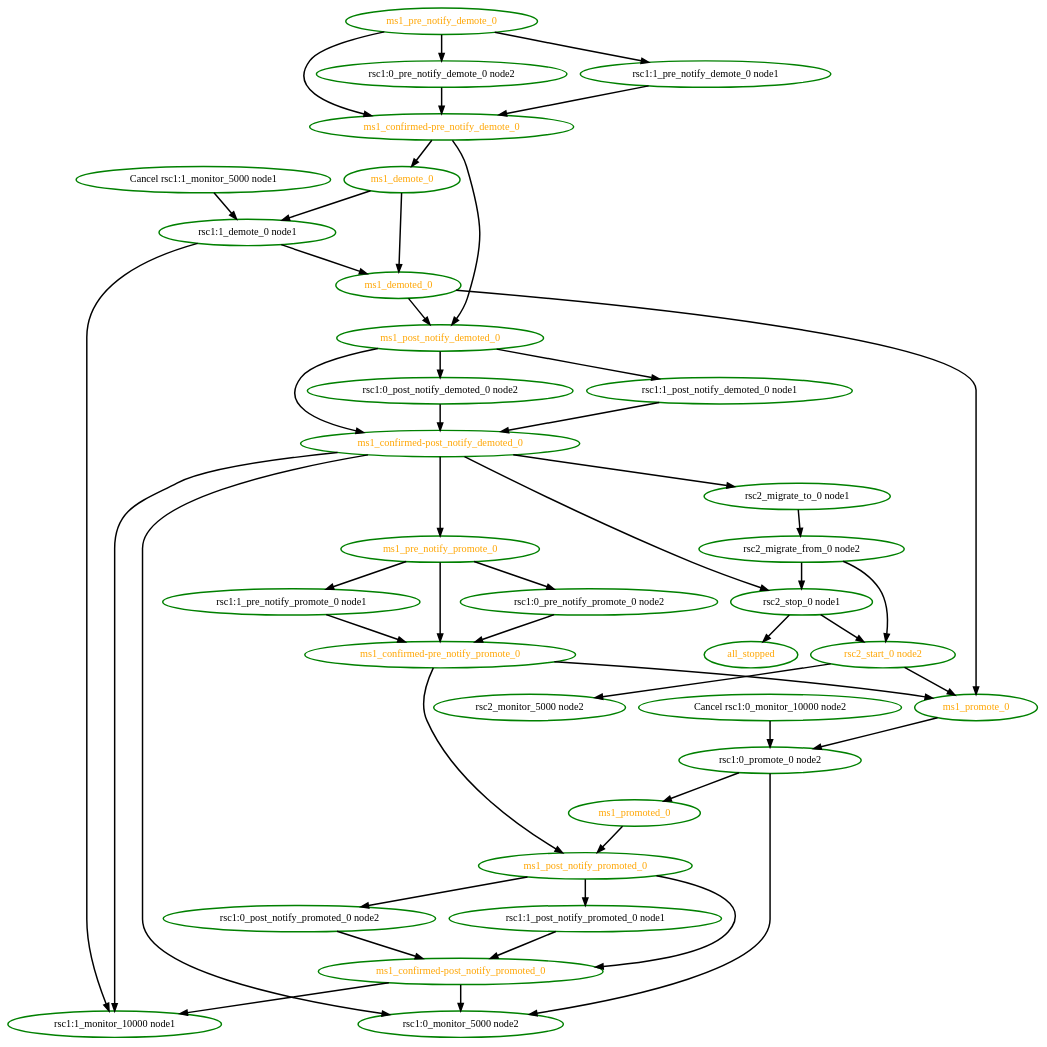
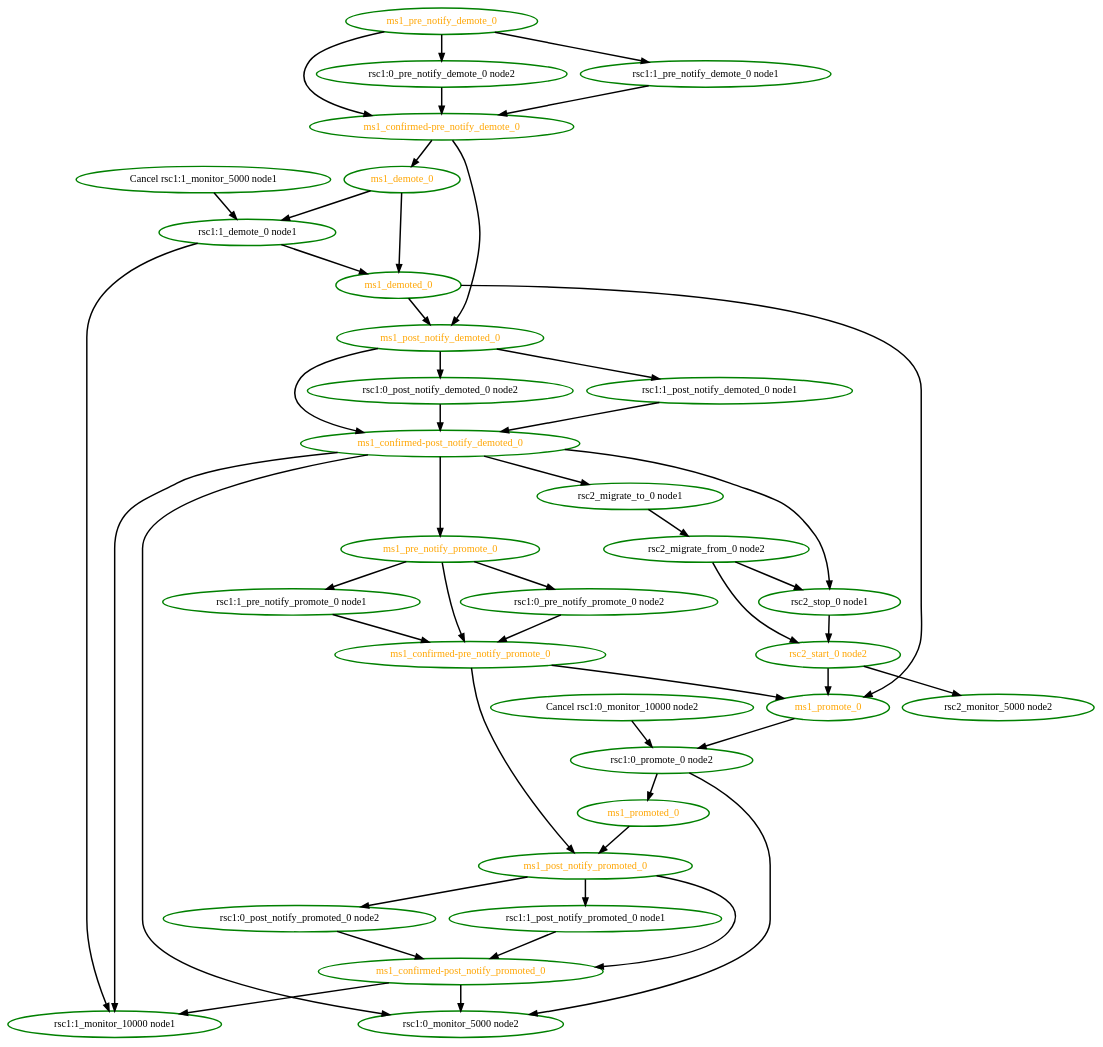
Before and after one commit to eurolinux-enterprise-linux-sources/pacemaker: the diagram in src/pengine/test10/a-demote-then-b-migrate.dot, drawn with Graphviz. The commit also changed 1674 other files, not shown here.

```diff
--- a/src/pengine/test10/a-demote-then-b-migrate.dot
+++ b/src/pengine/test10/a-demote-then-b-migrate.dot
@@ -1,84 +1,82 @@
 digraph "g" {
 "Cancel rsc1:0_monitor_10000 node2" -> "rsc1:0_promote_0 node2" [ style = bold]
 "Cancel rsc1:0_monitor_10000 node2" [ style=bold color="green" fontcolor="black"]
 "Cancel rsc1:1_monitor_5000 node1" -> "rsc1:1_demote_0 node1" [ style = bold]
 "Cancel rsc1:1_monitor_5000 node1" [ style=bold color="green" fontcolor="black"]
-"all_stopped" [ style=bold color="green" fontcolor="orange"]
 "ms1_confirmed-post_notify_demoted_0" -> "ms1_pre_notify_promote_0" [ style = bold]
 "ms1_confirmed-post_notify_demoted_0" -> "rsc1:0_monitor_5000 node2" [ style = bold]
 "ms1_confirmed-post_notify_demoted_0" -> "rsc1:1_monitor_10000 node1" [ style = bold]
 "ms1_confirmed-post_notify_demoted_0" -> "rsc2_migrate_to_0 node1" [ style = bold]
 "ms1_confirmed-post_notify_demoted_0" -> "rsc2_stop_0 node1" [ style = bold]
 "ms1_confirmed-post_notify_demoted_0" [ style=bold color="green" fontcolor="orange"]
 "ms1_confirmed-post_notify_promoted_0" -> "rsc1:0_monitor_5000 node2" [ style = bold]
 "ms1_confirmed-post_notify_promoted_0" -> "rsc1:1_monitor_10000 node1" [ style = bold]
 "ms1_confirmed-post_notify_promoted_0" [ style=bold color="green" fontcolor="orange"]
 "ms1_confirmed-pre_notify_demote_0" -> "ms1_demote_0" [ style = bold]
 "ms1_confirmed-pre_notify_demote_0" -> "ms1_post_notify_demoted_0" [ style = bold]
 "ms1_confirmed-pre_notify_demote_0" [ style=bold color="green" fontcolor="orange"]
 "ms1_confirmed-pre_notify_promote_0" -> "ms1_post_notify_promoted_0" [ style = bold]
 "ms1_confirmed-pre_notify_promote_0" -> "ms1_promote_0" [ style = bold]
 "ms1_confirmed-pre_notify_promote_0" [ style=bold color="green" fontcolor="orange"]
 "ms1_demote_0" -> "ms1_demoted_0" [ style = bold]
 "ms1_demote_0" -> "rsc1:1_demote_0 node1" [ style = bold]
 "ms1_demote_0" [ style=bold color="green" fontcolor="orange"]
 "ms1_demoted_0" -> "ms1_post_notify_demoted_0" [ style = bold]
 "ms1_demoted_0" -> "ms1_promote_0" [ style = bold]
 "ms1_demoted_0" [ style=bold color="green" fontcolor="orange"]
 "ms1_post_notify_demoted_0" -> "ms1_confirmed-post_notify_demoted_0" [ style = bold]
 "ms1_post_notify_demoted_0" -> "rsc1:0_post_notify_demoted_0 node2" [ style = bold]
 "ms1_post_notify_demoted_0" -> "rsc1:1_post_notify_demoted_0 node1" [ style = bold]
 "ms1_post_notify_demoted_0" [ style=bold color="green" fontcolor="orange"]
 "ms1_post_notify_promoted_0" -> "ms1_confirmed-post_notify_promoted_0" [ style = bold]
 "ms1_post_notify_promoted_0" -> "rsc1:0_post_notify_promoted_0 node2" [ style = bold]
 "ms1_post_notify_promoted_0" -> "rsc1:1_post_notify_promoted_0 node1" [ style = bold]
 "ms1_post_notify_promoted_0" [ style=bold color="green" fontcolor="orange"]
 "ms1_pre_notify_demote_0" -> "ms1_confirmed-pre_notify_demote_0" [ style = bold]
 "ms1_pre_notify_demote_0" -> "rsc1:0_pre_notify_demote_0 node2" [ style = bold]
 "ms1_pre_notify_demote_0" -> "rsc1:1_pre_notify_demote_0 node1" [ style = bold]
 "ms1_pre_notify_demote_0" [ style=bold color="green" fontcolor="orange"]
 "ms1_pre_notify_promote_0" -> "ms1_confirmed-pre_notify_promote_0" [ style = bold]
 "ms1_pre_notify_promote_0" -> "rsc1:0_pre_notify_promote_0 node2" [ style = bold]
 "ms1_pre_notify_promote_0" -> "rsc1:1_pre_notify_promote_0 node1" [ style = bold]
 "ms1_pre_notify_promote_0" [ style=bold color="green" fontcolor="orange"]
 "ms1_promote_0" -> "rsc1:0_promote_0 node2" [ style = bold]
 "ms1_promote_0" [ style=bold color="green" fontcolor="orange"]
 "ms1_promoted_0" -> "ms1_post_notify_promoted_0" [ style = bold]
 "ms1_promoted_0" [ style=bold color="green" fontcolor="orange"]
 "rsc1:0_monitor_5000 node2" [ style=bold color="green" fontcolor="black"]
 "rsc1:0_post_notify_demoted_0 node2" -> "ms1_confirmed-post_notify_demoted_0" [ style = bold]
 "rsc1:0_post_notify_demoted_0 node2" [ style=bold color="green" fontcolor="black"]
 "rsc1:0_post_notify_promoted_0 node2" -> "ms1_confirmed-post_notify_promoted_0" [ style = bold]
 "rsc1:0_post_notify_promoted_0 node2" [ style=bold color="green" fontcolor="black"]
 "rsc1:0_pre_notify_demote_0 node2" -> "ms1_confirmed-pre_notify_demote_0" [ style = bold]
 "rsc1:0_pre_notify_demote_0 node2" [ style=bold color="green" fontcolor="black"]
 "rsc1:0_pre_notify_promote_0 node2" -> "ms1_confirmed-pre_notify_promote_0" [ style = bold]
 "rsc1:0_pre_notify_promote_0 node2" [ style=bold color="green" fontcolor="black"]
 "rsc1:0_promote_0 node2" -> "ms1_promoted_0" [ style = bold]
 "rsc1:0_promote_0 node2" -> "rsc1:0_monitor_5000 node2" [ style = bold]
 "rsc1:0_promote_0 node2" [ style=bold color="green" fontcolor="black"]
 "rsc1:1_demote_0 node1" -> "ms1_demoted_0" [ style = bold]
 "rsc1:1_demote_0 node1" -> "rsc1:1_monitor_10000 node1" [ style = bold]
 "rsc1:1_demote_0 node1" [ style=bold color="green" fontcolor="black"]
 "rsc1:1_monitor_10000 node1" [ style=bold color="green" fontcolor="black"]
 "rsc1:1_post_notify_demoted_0 node1" -> "ms1_confirmed-post_notify_demoted_0" [ style = bold]
 "rsc1:1_post_notify_demoted_0 node1" [ style=bold color="green" fontcolor="black"]
 "rsc1:1_post_notify_promoted_0 node1" -> "ms1_confirmed-post_notify_promoted_0" [ style = bold]
 "rsc1:1_post_notify_promoted_0 node1" [ style=bold color="green" fontcolor="black"]
 "rsc1:1_pre_notify_demote_0 node1" -> "ms1_confirmed-pre_notify_demote_0" [ style = bold]
 "rsc1:1_pre_notify_demote_0 node1" [ style=bold color="green" fontcolor="black"]
 "rsc1:1_pre_notify_promote_0 node1" -> "ms1_confirmed-pre_notify_promote_0" [ style = bold]
 "rsc1:1_pre_notify_promote_0 node1" [ style=bold color="green" fontcolor="black"]
 "rsc2_migrate_from_0 node2" -> "rsc2_start_0 node2" [ style = bold]
 "rsc2_migrate_from_0 node2" -> "rsc2_stop_0 node1" [ style = bold]
 "rsc2_migrate_from_0 node2" [ style=bold color="green" fontcolor="black"]
 "rsc2_migrate_to_0 node1" -> "rsc2_migrate_from_0 node2" [ style = bold]
 "rsc2_migrate_to_0 node1" [ style=bold color="green" fontcolor="black"]
 "rsc2_monitor_5000 node2" [ style=bold color="green" fontcolor="black"]
 "rsc2_start_0 node2" -> "ms1_promote_0" [ style = bold]
 "rsc2_start_0 node2" -> "rsc2_monitor_5000 node2" [ style = bold]
 "rsc2_start_0 node2" [ style=bold color="green" fontcolor="orange"]
-"rsc2_stop_0 node1" -> "all_stopped" [ style = bold]
 "rsc2_stop_0 node1" -> "rsc2_start_0 node2" [ style = bold]
 "rsc2_stop_0 node1" [ style=bold color="green" fontcolor="black"]
 }
```
